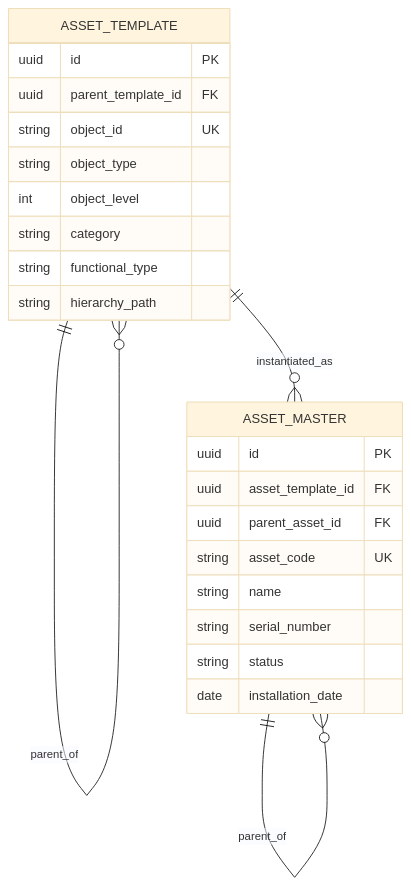
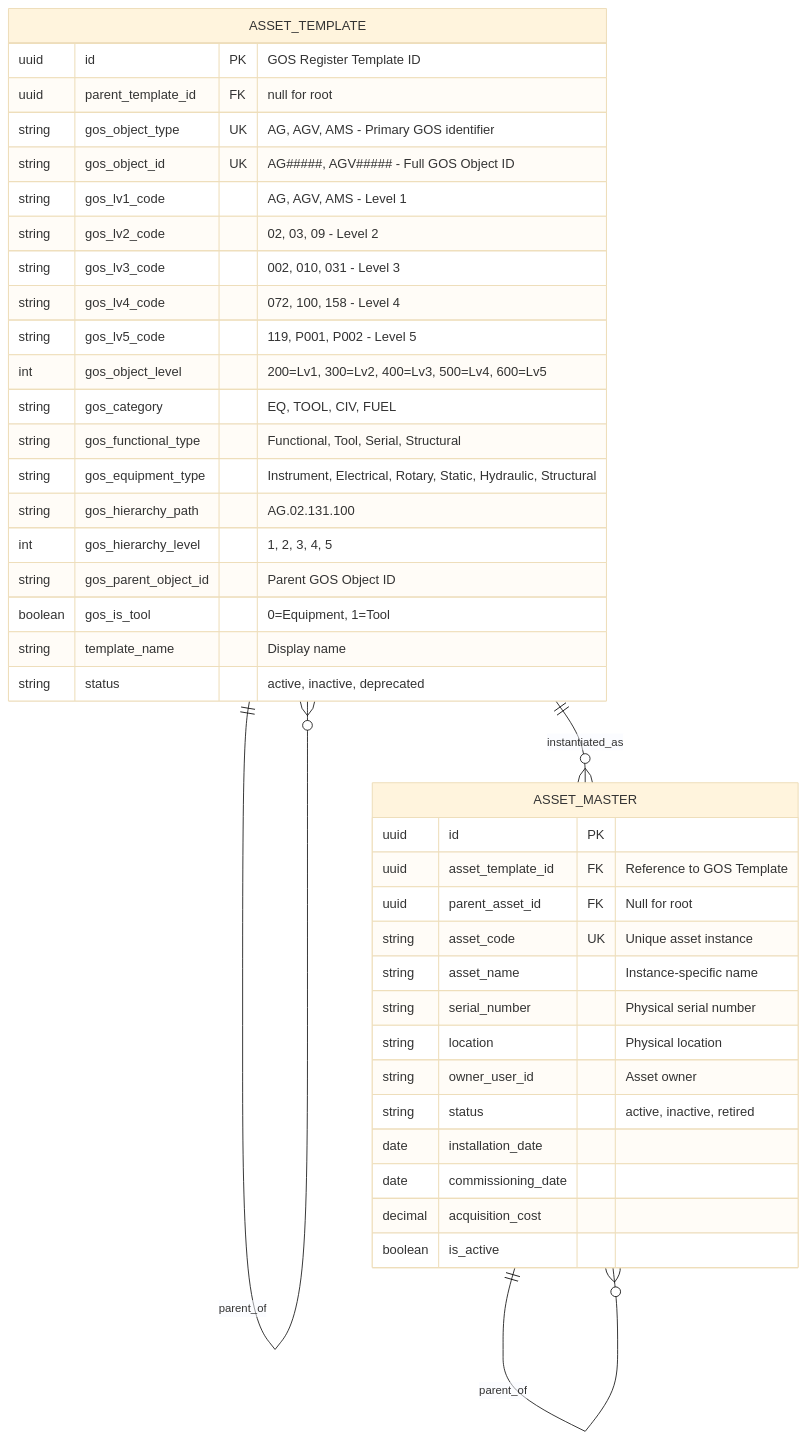
One commit to arup-ghosh-maersk/cia-lld changed the second of 6 diagrams in asset-management/diagrams/01_ER_Diagrams.md. Above: the diagram before and after it, drawn with Mermaid (base theme).

````diff
--- a/asset-management/diagrams/01_ER_Diagrams.md
+++ b/asset-management/diagrams/01_ER_Diagrams.md
@@ -340,28 +340,44 @@
 ```mermaid
 erDiagram
     ASSET_TEMPLATE ||--o{ ASSET_TEMPLATE : "parent_of"
     ASSET_TEMPLATE ||--o{ ASSET_MASTER : "instantiated_as"
     ASSET_MASTER ||--o{ ASSET_MASTER : "parent_of"
 
     ASSET_TEMPLATE {
-        uuid id PK
-        uuid parent_template_id FK
-        string object_id UK
-        string object_type
-        int object_level
-        string category
-        string functional_type
-        string hierarchy_path
+        uuid id PK "GOS Register Template ID"
+        uuid parent_template_id FK "null for root"
+        string gos_object_type UK "AG, AGV, AMS - Primary GOS identifier"
+        string gos_object_id UK "AG#####, AGV##### - Full GOS Object ID"
+        string gos_lv1_code "AG, AGV, AMS - Level 1"
+        string gos_lv2_code "02, 03, 09 - Level 2"
+        string gos_lv3_code "002, 010, 031 - Level 3"
+        string gos_lv4_code "072, 100, 158 - Level 4"
+        string gos_lv5_code "119, P001, P002 - Level 5"
+        int gos_object_level "200=Lv1, 300=Lv2, 400=Lv3, 500=Lv4, 600=Lv5"
+        string gos_category "EQ, TOOL, CIV, FUEL"
+        string gos_functional_type "Functional, Tool, Serial, Structural"
+        string gos_equipment_type "Instrument, Electrical, Rotary, Static, Hydraulic, Structural"
+        string gos_hierarchy_path "AG.02.131.100"
+        int gos_hierarchy_level "1, 2, 3, 4, 5"
+        string gos_parent_object_id "Parent GOS Object ID"
+        boolean gos_is_tool "0=Equipment, 1=Tool"
+        string template_name "Display name"
+        string status "active, inactive, deprecated"
     }
 
     ASSET_MASTER {
         uuid id PK
-        uuid asset_template_id FK
-        uuid parent_asset_id FK
-        string asset_code UK
-        string name
-        string serial_number
-        string status
+        uuid asset_template_id FK "Reference to GOS Template"
+        uuid parent_asset_id FK "Null for root"
+        string asset_code UK "Unique asset instance"
+        string asset_name "Instance-specific name"
+        string serial_number "Physical serial number"
+        string location "Physical location"
+        string owner_user_id "Asset owner"
+        string status "active, inactive, retired"
         date installation_date
+        date commissioning_date
+        decimal acquisition_cost
+        boolean is_active
     }
 ```
````
